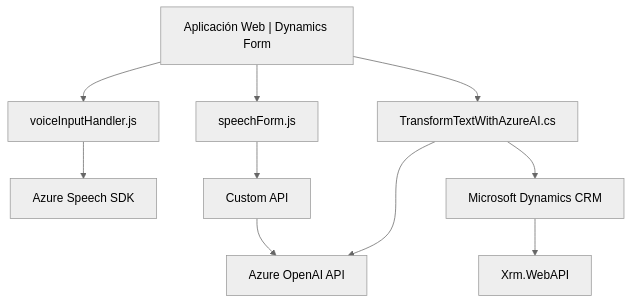
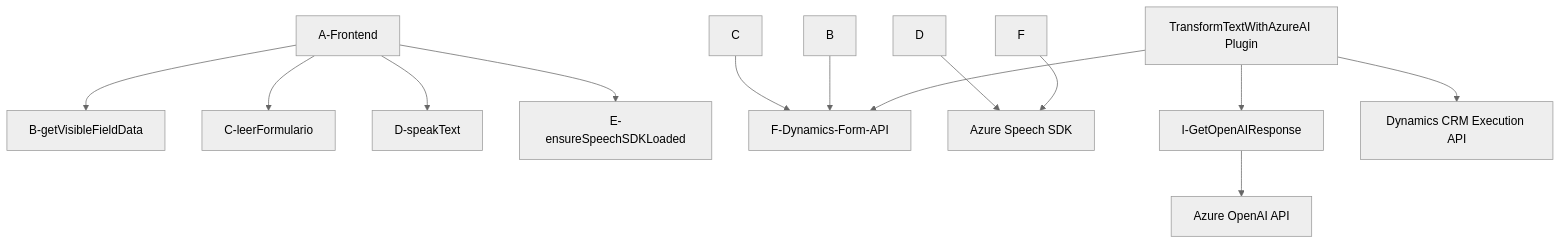
The diagram in README.md (blopezdm/NETCORE_BILBAO2025), drawn with Mermaid (neutral theme) before and after one commit. The commit also changed other lines of this file, not shown here.

````diff
--- a/README.md
+++ b/README.md
@@ -42,12 +32,16 @@
 ```mermaid
 graph TD
-    A["Aplicación Web | Dynamics Form"] --> B["voiceInputHandler.js"]
-    A --> C["speechForm.js"]
-    B--> D["Azure Speech SDK"]
-    C --> E["Custom API"]
-    E --> F["Azure OpenAI API"]
-    A --> G["TransformTextWithAzureAI.cs"]
-    G --> F
-    G --> H["Microsoft Dynamics CRM"]
-    H --> I["Xrm.WebAPI"]
+  A-Frontend-->B-getVisibleFieldData
+  A-Frontend-->C-leerFormulario
+  A-Frontend-->D-speakText
+  A-Frontend-->E-ensureSpeechSDKLoaded
+  C-->F-Dynamics-Form-API
+  B-->F-Dynamics-Form-API
+  D-->G-Azure-Speech-SDK["Azure Speech SDK"]
+  F-->G-Azure-Speech-SDK
+  
+  H-Backend["TransformTextWithAzureAI Plugin"]-->I-GetOpenAIResponse
+  I-GetOpenAIResponse-->J-Azure-OpenAI-API["Azure OpenAI API"]
+  H-Backend-->K-IPlugin["Dynamics CRM Execution API"]
+  H-Backend-->F-Dynamics-Form-API
 ```
````
